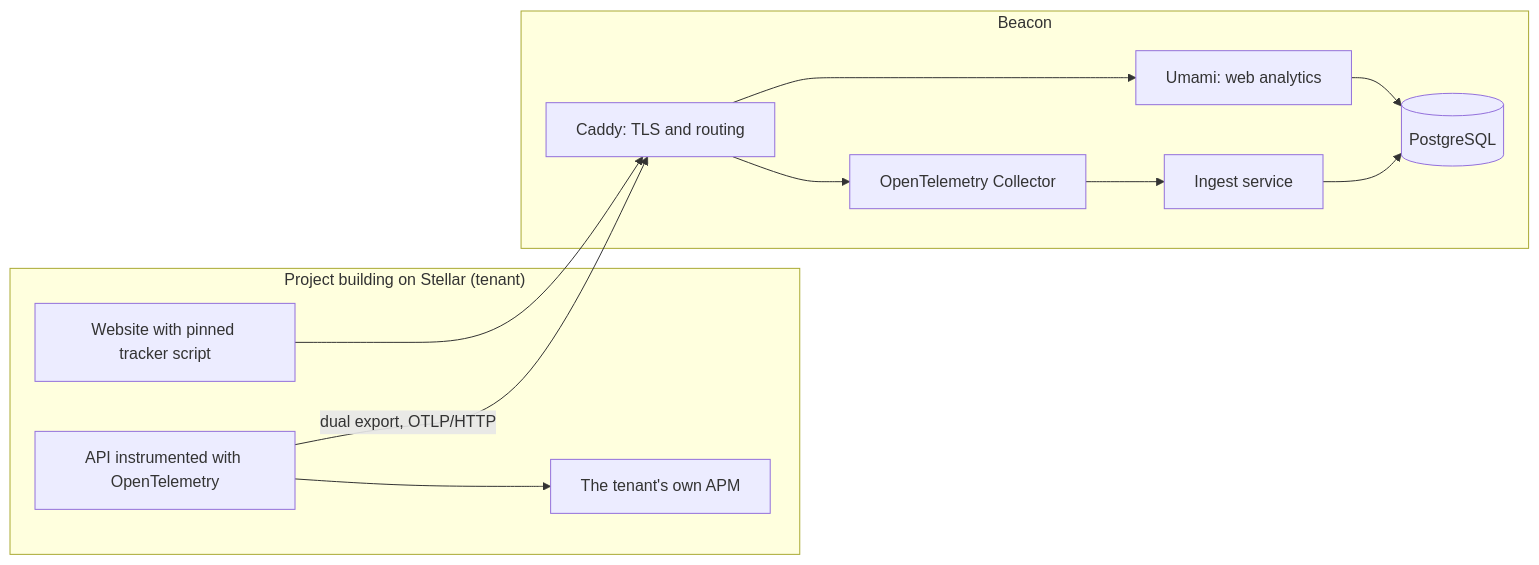
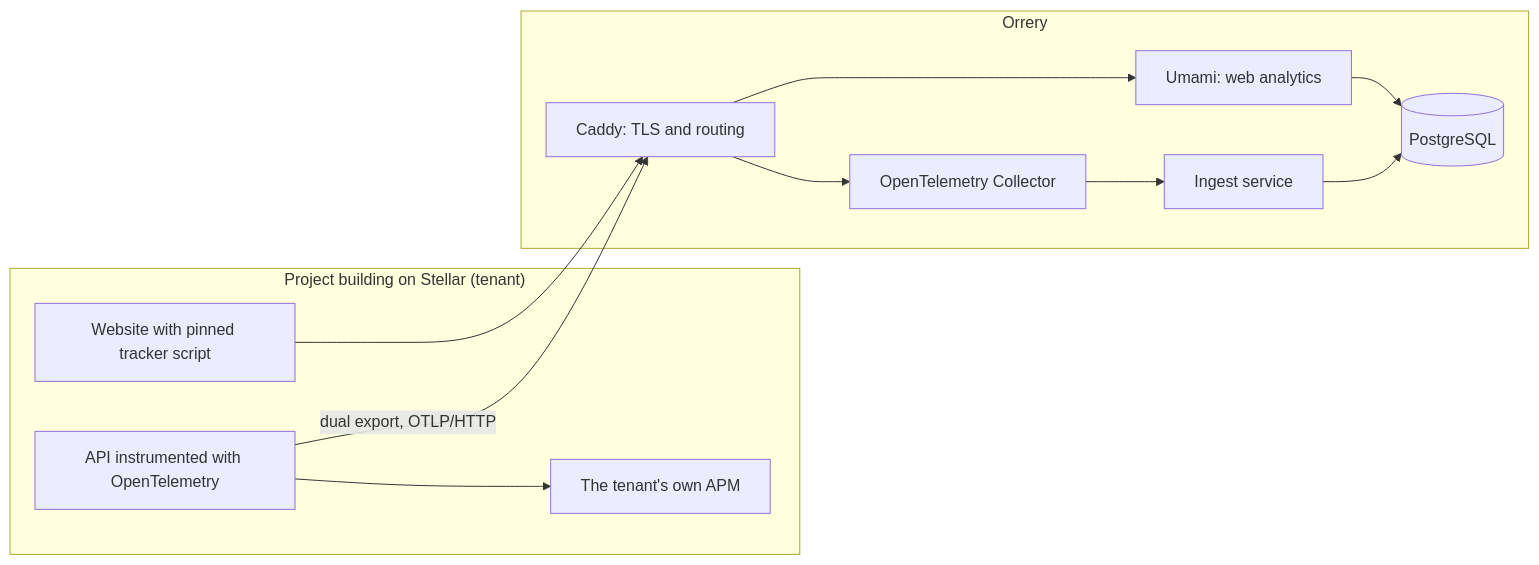
One commit to PerkOS-xyz/beacon changed the diagram in docs/architecture.md. Above: the diagram before and after it, drawn with Mermaid. The commit also changed other lines of this file and 10 other files, not shown here.

First line of the commit message:
Rename the project from Beacon to Orrery

````diff
--- a/docs/architecture.md
+++ b/docs/architecture.md
@@ -5,18 +5,18 @@
 ```mermaid
 flowchart LR
     subgraph Tenant["Project building on Stellar (tenant)"]
         Site["Website with pinned tracker script"]
         App["API instrumented with OpenTelemetry"]
         APM["The tenant's own APM"]
     end
-    subgraph Beacon["Beacon"]
+    subgraph Orrery["Orrery"]
         Caddy["Caddy: TLS and routing"]
         Umami["Umami: web analytics"]
         OTel["OpenTelemetry Collector"]
         Ingest["Ingest service"]
         PG[("PostgreSQL")]
     end
     Site --> Caddy --> Umami --> PG
     App --> APM
     App -- "dual export, OTLP/HTTP" --> Caddy --> OTel --> Ingest --> PG
 ```
````
